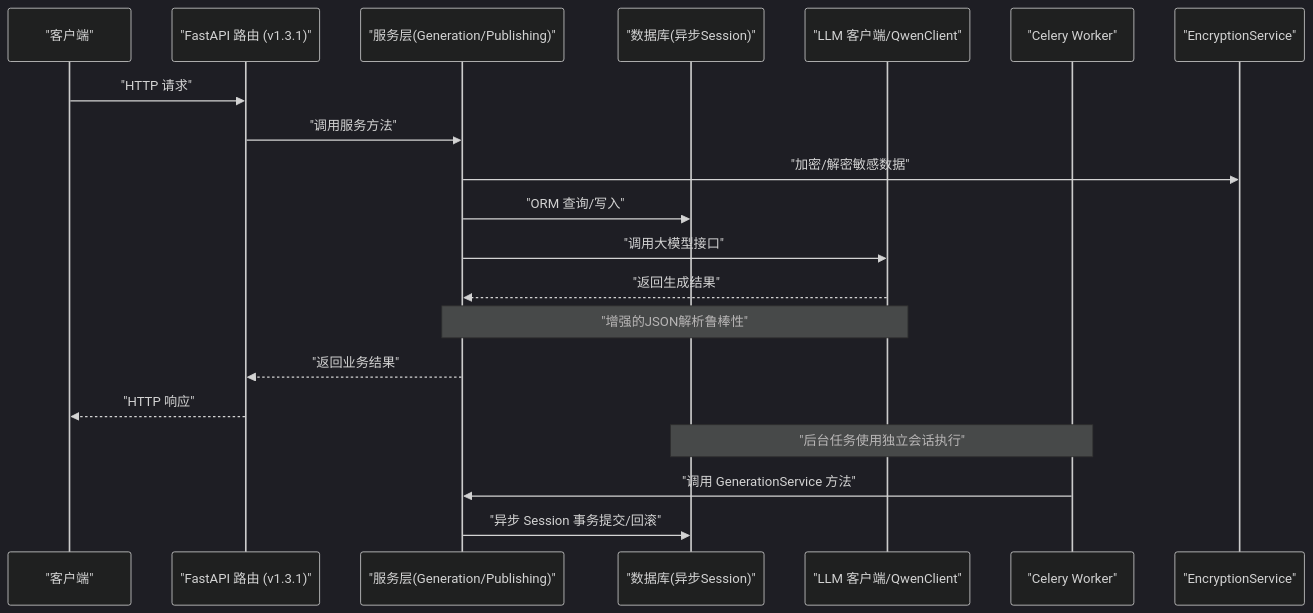
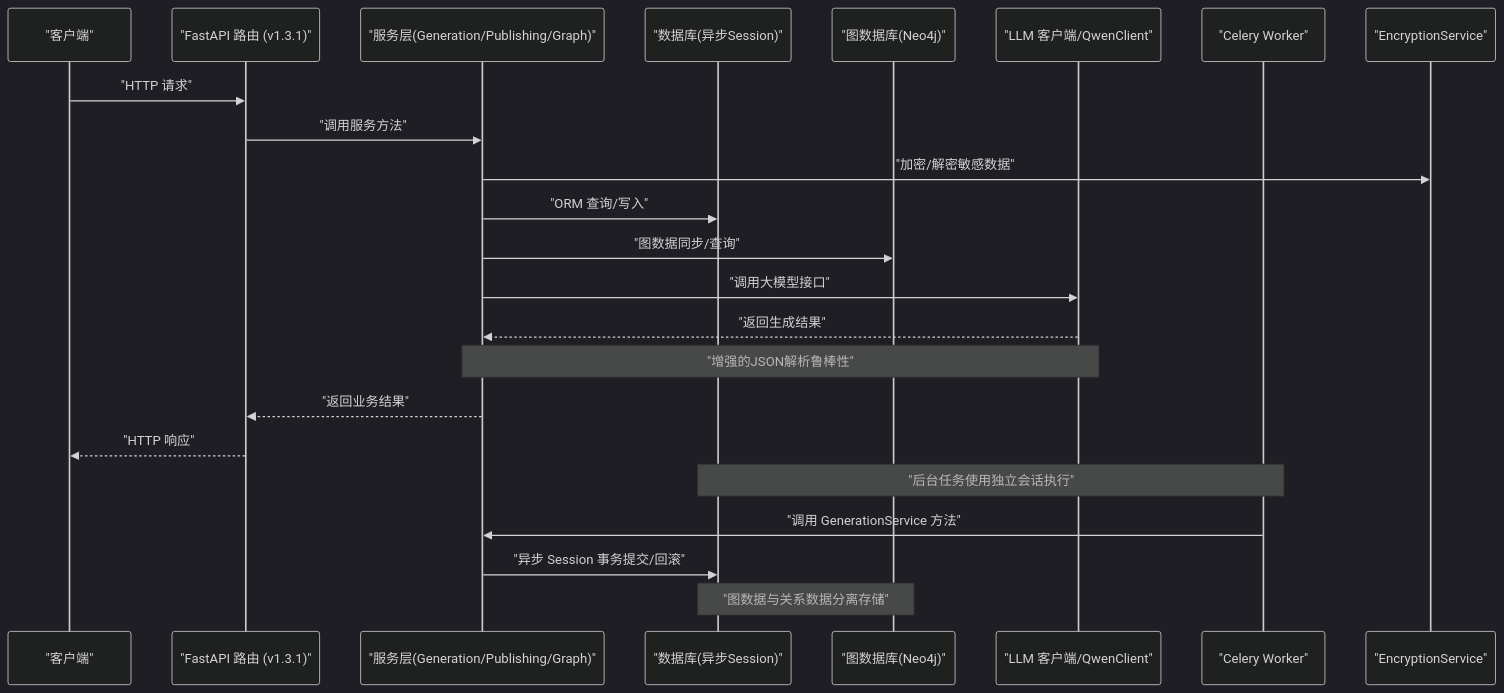
The second of 13 diagrams in .qoder/repowiki/zh/content/后端架构/后端架构.md (xfbyxq/ai-novel-system), drawn with Mermaid (dark theme) before and after one commit. The commit also changed other lines of this file and 19 other files, not shown here.

First line of the commit message:
feat(graph): 新增图数据库完整支持与AI聊天集成

````diff
--- a/.qoder/repowiki/zh/content/后端架构/后端架构.md
+++ b/.qoder/repowiki/zh/content/后端架构/后端架构.md
@@ -171,22 +219,25 @@
 ```mermaid
 sequenceDiagram
 participant Client as "客户端"
 participant API as "FastAPI 路由 (v1.3.1)"
-participant Svc as "服务层(Generation/Publishing)"
+participant Svc as "服务层(Generation/Publishing/Graph)"
 participant DB as "数据库(异步Session)"
+participant GDB as "图数据库(Neo4j)"
 participant LLM as "LLM 客户端/QwenClient"
 participant Celery as "Celery Worker"
 participant Enc as "EncryptionService"
 Client->>API : "HTTP 请求"
 API->>Svc : "调用服务方法"
 Svc->>Enc : "加密/解密敏感数据"
 Svc->>DB : "ORM 查询/写入"
+Svc->>GDB : "图数据同步/查询"
 Svc->>LLM : "调用大模型接口"
 LLM-->>Svc : "返回生成结果"
 Note over Svc,LLM : "增强的JSON解析鲁棒性"
 Svc-->>API : "返回业务结果"
 API-->>Client : "HTTP 响应"
 Note over Celery,DB : "后台任务使用独立会话执行"
 Celery->>Svc : "调用 GenerationService 方法"
 Svc->>DB : "异步 Session 事务提交/回滚"
+Note over GDB,DB : "图数据与关系数据分离存储"
 ```
````
